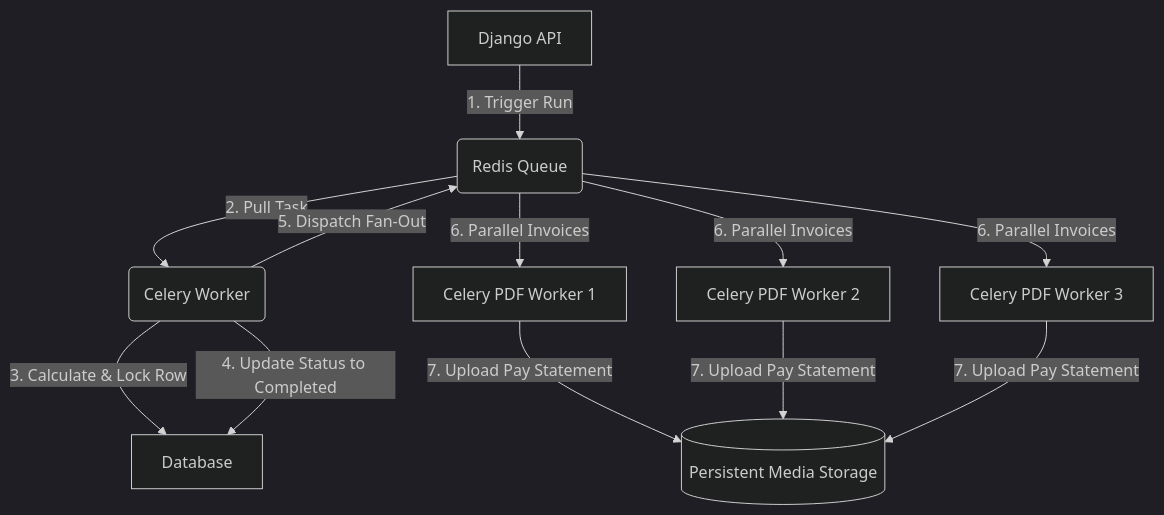
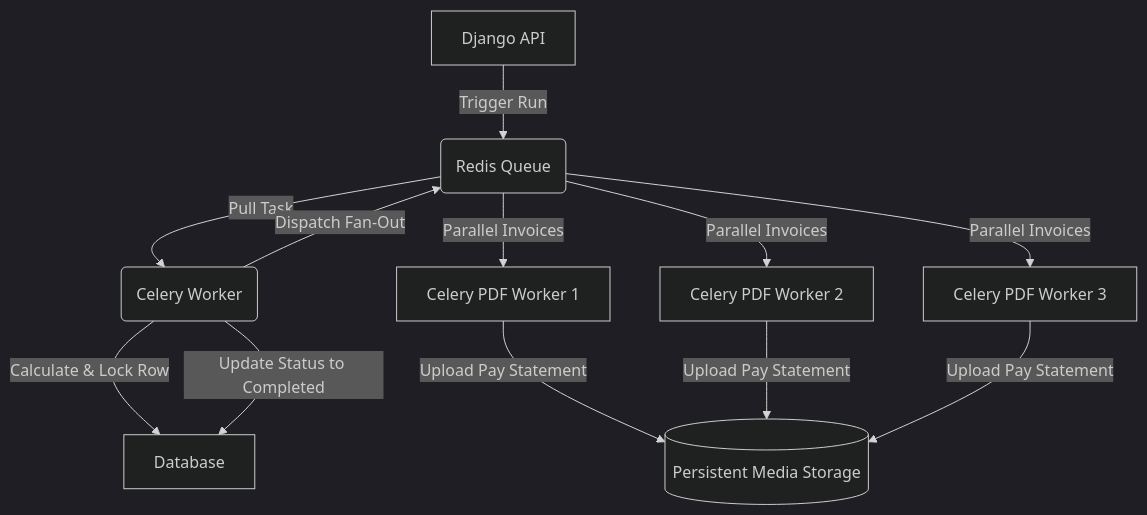
The diagram in blog/posts/django-async-payroll-engine.md (akmalkhaniub/akmalkhaniub.github.io), drawn with Mermaid (dark theme) before and after one commit. The commit also changed 411 other files, not shown here.

````diff
--- a/blog/posts/django-async-payroll-engine.md
+++ b/blog/posts/django-async-payroll-engine.md
@@ -30,14 +30,14 @@
 ```mermaid
-graph TD
-    A[Django API] -->|1. Trigger Run| B(Redis Queue)
-    B -->|2. Pull Task| C(Celery Worker)
-    C -->|3. Calculate & Lock Row| D[Database]
-    C -->|4. Update Status to Completed| D
-    C -->|5. Dispatch Fan-Out| B
-    B -->|6. Parallel Invoices| E[Celery PDF Worker 1]
-    B -->|6. Parallel Invoices| F[Celery PDF Worker 2]
-    B -->|6. Parallel Invoices| G[Celery PDF Worker 3]
-    E -->|7. Upload Pay Statement| H[(Persistent Media Storage)]
-    F -->|7. Upload Pay Statement| H
-    G -->|7. Upload Pay Statement| H
+flowchart TD
+    A[Django API] -->|Trigger Run| B(Redis Queue)
+    B -->|Pull Task| C(Celery Worker)
+    C -->|Calculate & Lock Row| D[Database]
+    C -->|Update Status to Completed| D
+    C -->|Dispatch Fan-Out| B
+    B -->|Parallel Invoices| E[Celery PDF Worker 1]
+    B -->|Parallel Invoices| F[Celery PDF Worker 2]
+    B -->|Parallel Invoices| G[Celery PDF Worker 3]
+    E -->|Upload Pay Statement| H[(Persistent Media Storage)]
+    F -->|Upload Pay Statement| H
+    G -->|Upload Pay Statement| H
 ```
````
